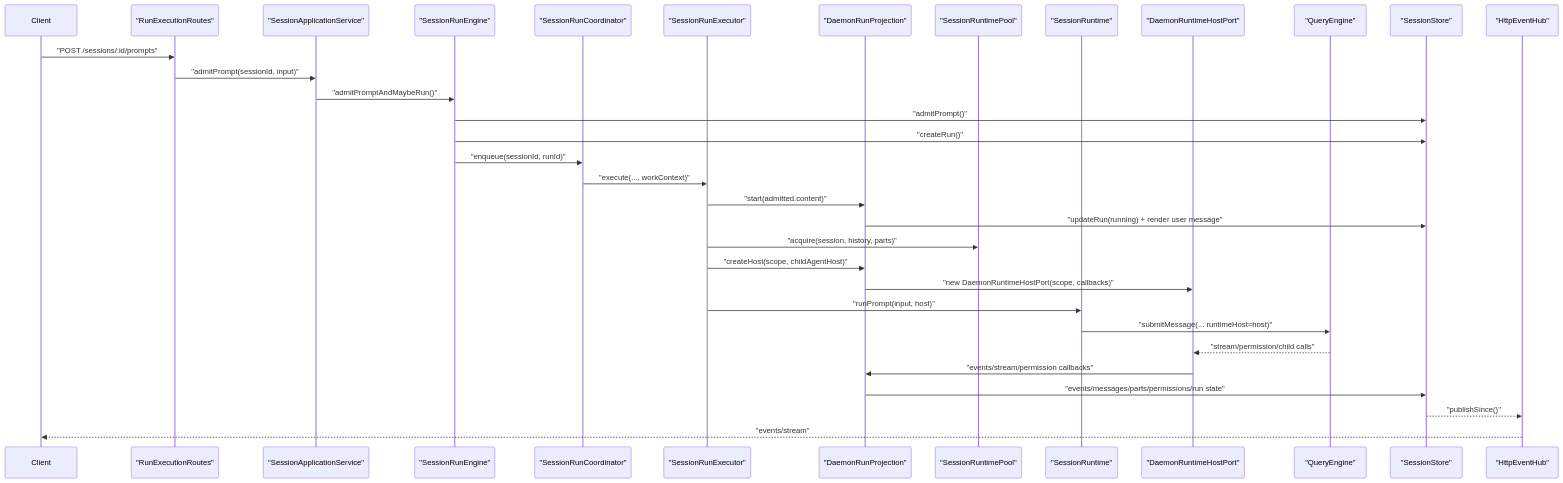
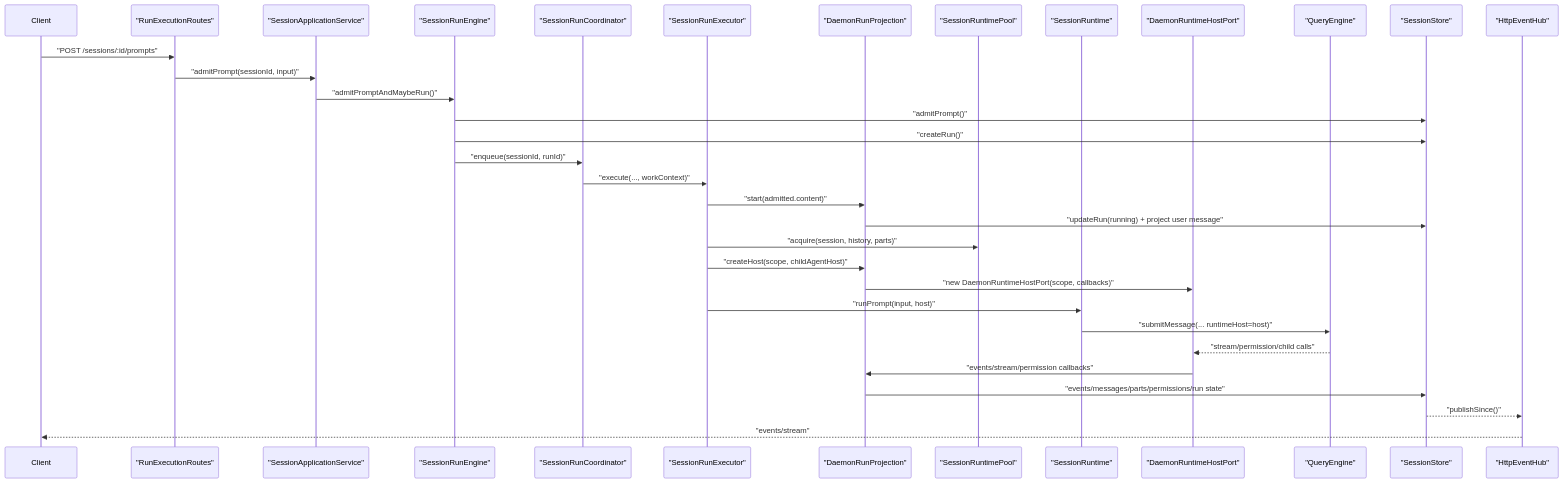
Before and after one commit to rzx007/openharness-ts: the second of 9 diagrams in docs/daemon-application-architecture.md, drawn with Mermaid. The commit also changed other lines of this file and 5 other files, not shown here.

````diff
--- a/docs/daemon-application-architecture.md
+++ b/docs/daemon-application-architecture.md
@@ -172,36 +172,36 @@
 ```mermaid
 sequenceDiagram
   participant C as Client
   participant R as "RunExecutionRoutes"
   participant App as "SessionApplicationService"
   participant Engine as "SessionRunEngine"
   participant Coord as "SessionRunCoordinator"
   participant Exec as "SessionRunExecutor"
   participant Projection as "DaemonRunProjection"
   participant Pool as "SessionRuntimePool"
   participant Runtime as "SessionRuntime"
   participant Host as "DaemonRuntimeHostPort"
   participant QE as "QueryEngine"
   participant Store as "SessionStore"
   participant SSE as "HttpEventHub"
 
   C->>R: "POST /sessions/:id/prompts"
   R->>App: "admitPrompt(sessionId, input)"
   App->>Engine: "admitPromptAndMaybeRun()"
   Engine->>Store: "admitPrompt()"
   Engine->>Store: "createRun()"
   Engine->>Coord: "enqueue(sessionId, runId)"
   Coord->>Exec: "execute(..., workContext)"
   Exec->>Projection: "start(admitted.content)"
-  Projection->>Store: "updateRun(running) + render user message"
+  Projection->>Store: "updateRun(running) + project user message"
   Exec->>Pool: "acquire(session, history, parts)"
   Exec->>Projection: "createHost(scope, childAgentHost)"
   Projection->>Host: "new DaemonRuntimeHostPort(scope, callbacks)"
   Exec->>Runtime: "runPrompt(input, host)"
   Runtime->>QE: "submitMessage(... runtimeHost=host)"
   QE-->>Host: "stream/permission/child calls"
   Host->>Projection: "events/stream/permission callbacks"
   Projection->>Store: "events/messages/parts/permissions/run state"
   Store-->>SSE: "publishSince()"
   SSE-->>C: "events/stream"
 ```
````
